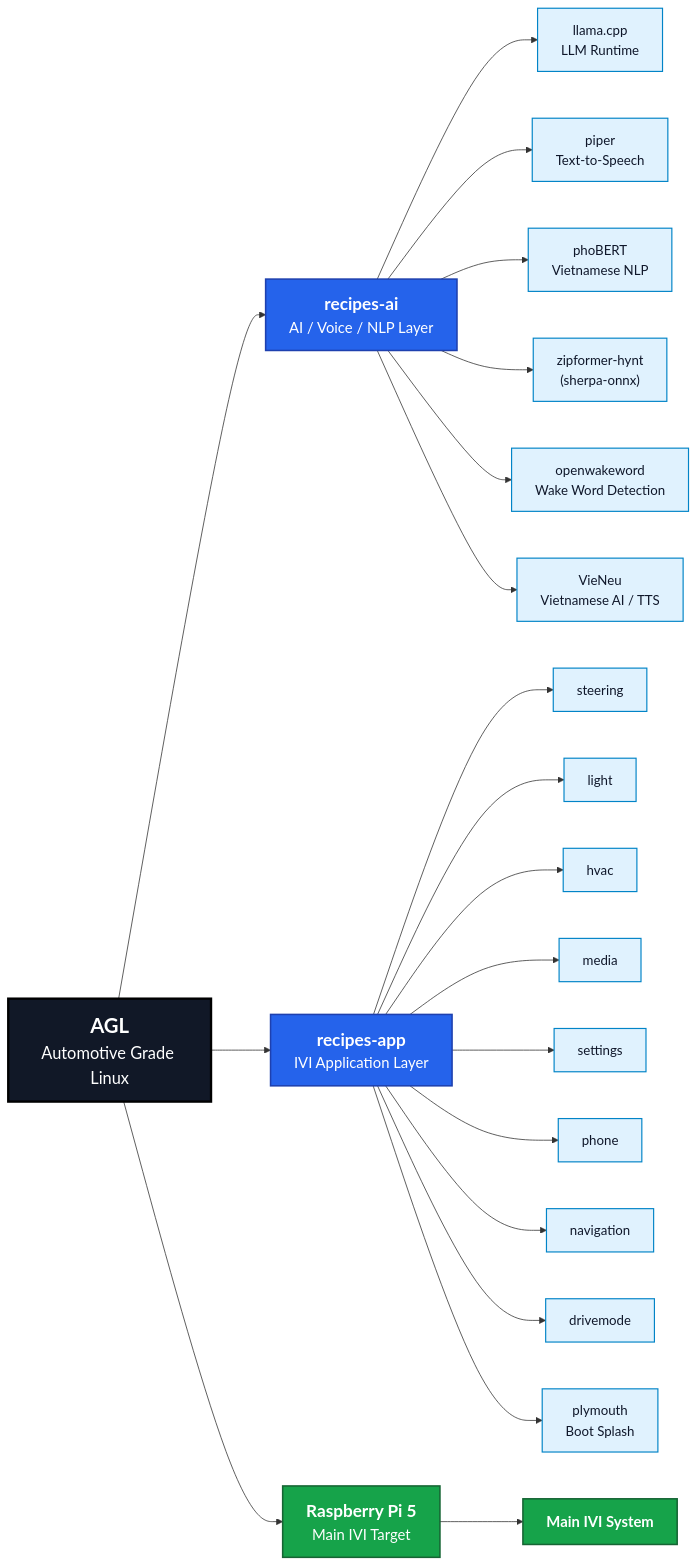
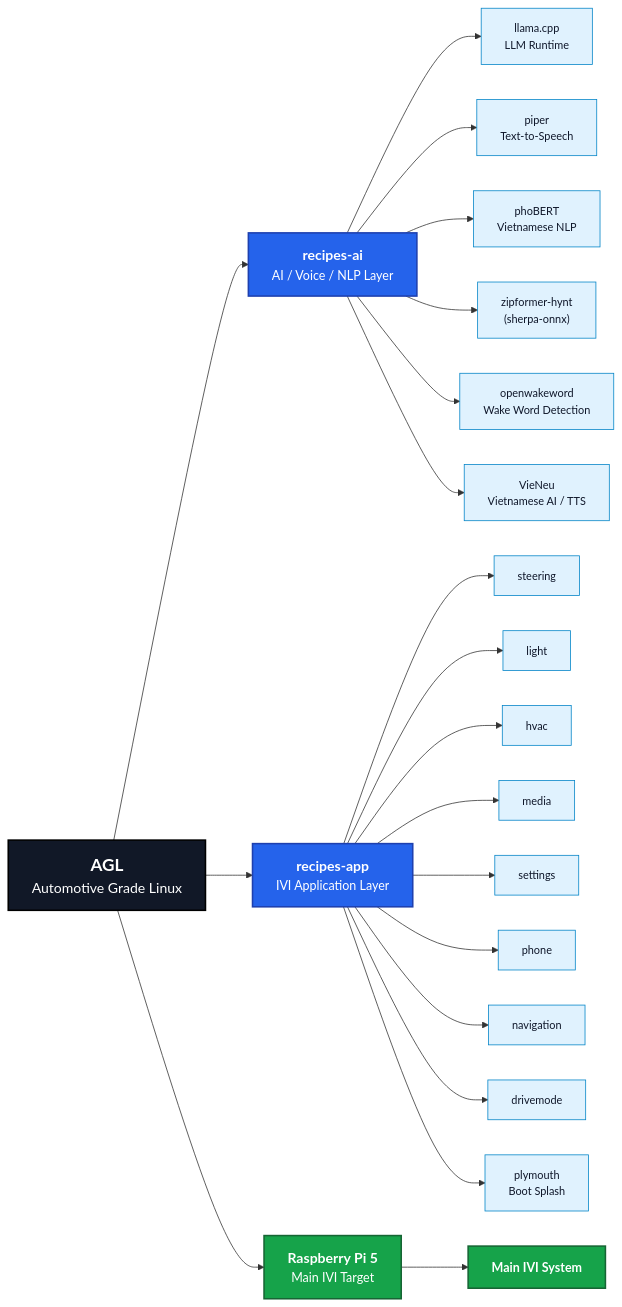
Before and after one commit to hnam-nesg/AGL: the diagram in README.md, drawn with Mermaid.

````diff
--- a/README.md
+++ b/README.md
@@ -35,50 +35,50 @@
 ```mermaid
 %%{init: {
   "flowchart": {
     "htmlLabels": true,
-    "nodeSpacing": 60,
-    "rankSpacing": 70,
+    "nodeSpacing": 45,
+    "rankSpacing": 55,
     "curve": "basis"
   },
   "themeVariables": {
-    "fontSize": "18px",
+    "fontSize": "15px",
     "fontFamily": "Arial"
   }
 }}%%
 
 flowchart LR
-    AGL["<b style='font-size:26px'>AGL</b><br/><span style='font-size:17px'>Automotive Grade Linux</span>"]
+    AGL["<b style='font-size:22px'>AGL</b><br/><span style='font-size:14px'>Automotive Grade Linux</span>"]
 
-    AGL --> AI["<b style='font-size:22px'>recipes-ai</b><br/><span style='font-size:16px'>AI / Voice / NLP Layer</span>"]
-    AGL --> APP["<b style='font-size:22px'>recipes-app</b><br/><span style='font-size:16px'>IVI Application Layer</span>"]
-    AGL --> RPI["<b style='font-size:22px'>Raspberry Pi 5</b><br/><span style='font-size:16px'>Main IVI Target</span>"]
+    AGL --> AI["<b style='font-size:18px'>recipes-ai</b><br/><span style='font-size:13px'>AI / Voice / NLP Layer</span>"]
+    AGL --> APP["<b style='font-size:18px'>recipes-app</b><br/><span style='font-size:13px'>IVI Application Layer</span>"]
+    AGL --> RPI["<b style='font-size:18px'>Raspberry Pi 5</b><br/><span style='font-size:13px'>Main IVI Target</span>"]
 
     AI --> LLAMA["llama.cpp<br/>LLM Runtime"]
     AI --> PIPER["piper<br/>Text-to-Speech"]
     AI --> PHOBERT["phoBERT<br/>Vietnamese NLP"]
     AI --> ZIP["zipformer-hynt<br/>(sherpa-onnx)"]
     AI --> WAKE["openwakeword<br/>Wake Word Detection"]
     AI --> VIENEU["VieNeu<br/>Vietnamese AI / TTS"]
 
     APP --> STEERING["steering"]
     APP --> LIGHT["light"]
     APP --> HVAC["hvac"]
     APP --> MEDIA["media"]
     APP --> SETTINGS["settings"]
     APP --> PHONE["phone"]
     APP --> NAV["navigation"]
     APP --> DRIVEMODE["drivemode"]
     APP --> PLYMOUTH["plymouth<br/>Boot Splash"]
 
     RPI --> MAIN["<b>Main IVI System</b>"]
 
-    classDef root fill:#111827,color:#ffffff,stroke:#000000,stroke-width:3px,font-size:21px;
-    classDef group fill:#2563eb,color:#ffffff,stroke:#1e40af,stroke-width:2px,font-size:19px;
-    classDef item fill:#e0f2fe,color:#0f172a,stroke:#0284c7,stroke-width:1.5px,font-size:17px;
-    classDef target fill:#16a34a,color:#ffffff,stroke:#166534,stroke-width:2px,font-size:19px;
+    classDef root fill:#111827,color:#ffffff,stroke:#000000,stroke-width:2px,font-size:18px;
+    classDef group fill:#2563eb,color:#ffffff,stroke:#1e40af,stroke-width:2px,font-size:16px;
+    classDef item fill:#e0f2fe,color:#0f172a,stroke:#0284c7,stroke-width:1px,font-size:14px;
+    classDef target fill:#16a34a,color:#ffffff,stroke:#166534,stroke-width:2px,font-size:16px;
 
     class AGL root;
     class AI,APP group;
     class LLAMA,PIPER,PHOBERT,ZIP,WAKE,VIENEU,STEERING,LIGHT,HVAC,MEDIA,SETTINGS,PHONE,NAV,DRIVEMODE,PLYMOUTH item;
     class RPI,MAIN target;
 ```
````
